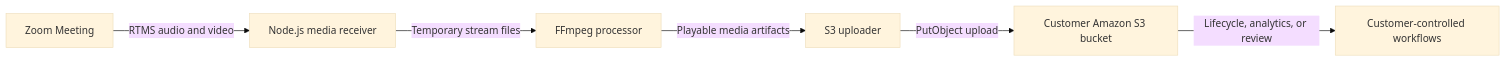
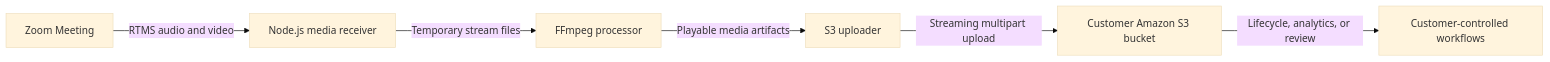
One commit to zoom/blueprints changed the diagram in blueprints/archive-meeting-media-to-s3/index.md. Above: the diagram before and after it, drawn with Mermaid (base theme). The commit also changed other lines of this file and 1 other file, not shown here.

````diff
--- a/blueprints/archive-meeting-media-to-s3/index.md
+++ b/blueprints/archive-meeting-media-to-s3/index.md
@@ -65,8 +65,8 @@
 ```mermaid
 flowchart LR
     A[Zoom Meeting] -->|RTMS audio and video| B[Node.js media receiver]
     B -->|Temporary stream files| C[FFmpeg processor]
     C -->|Playable media artifacts| D[S3 uploader]
-    D -->|PutObject upload| E[Customer Amazon S3 bucket]
+    D -->|Streaming multipart upload| E[Customer Amazon S3 bucket]
     E -->|Lifecycle, analytics, or review| F[Customer-controlled workflows]
 ```
````
